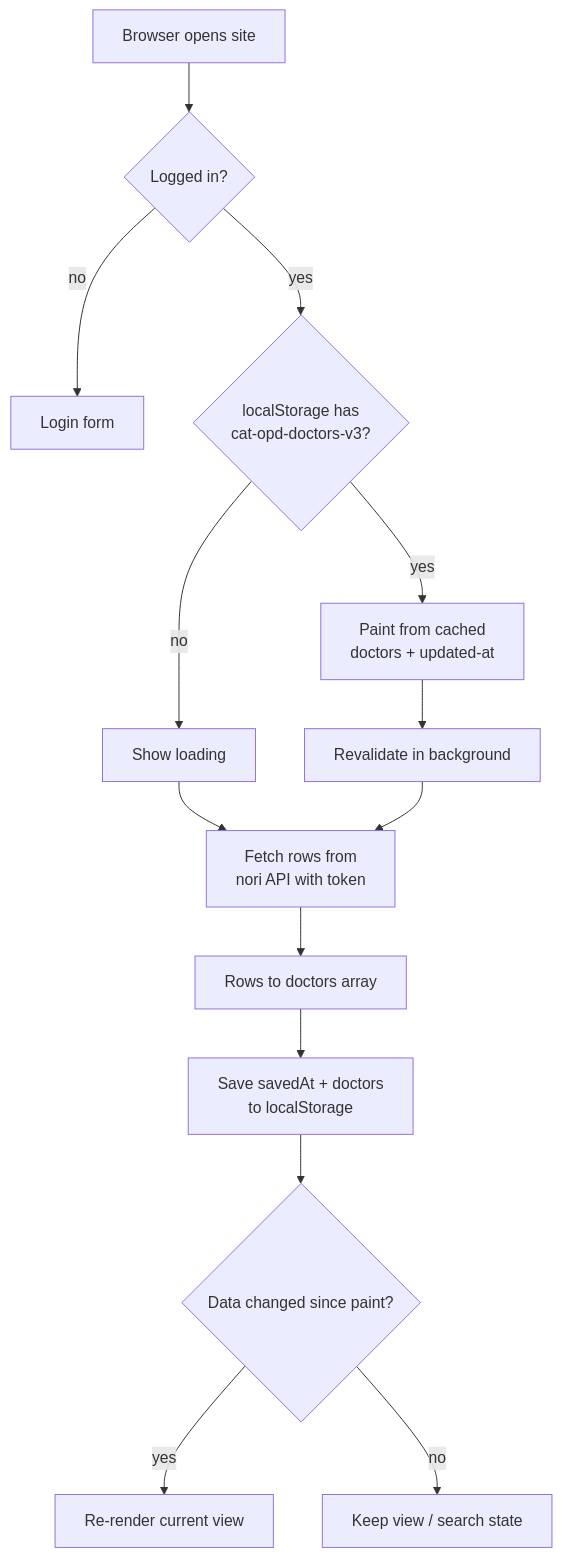
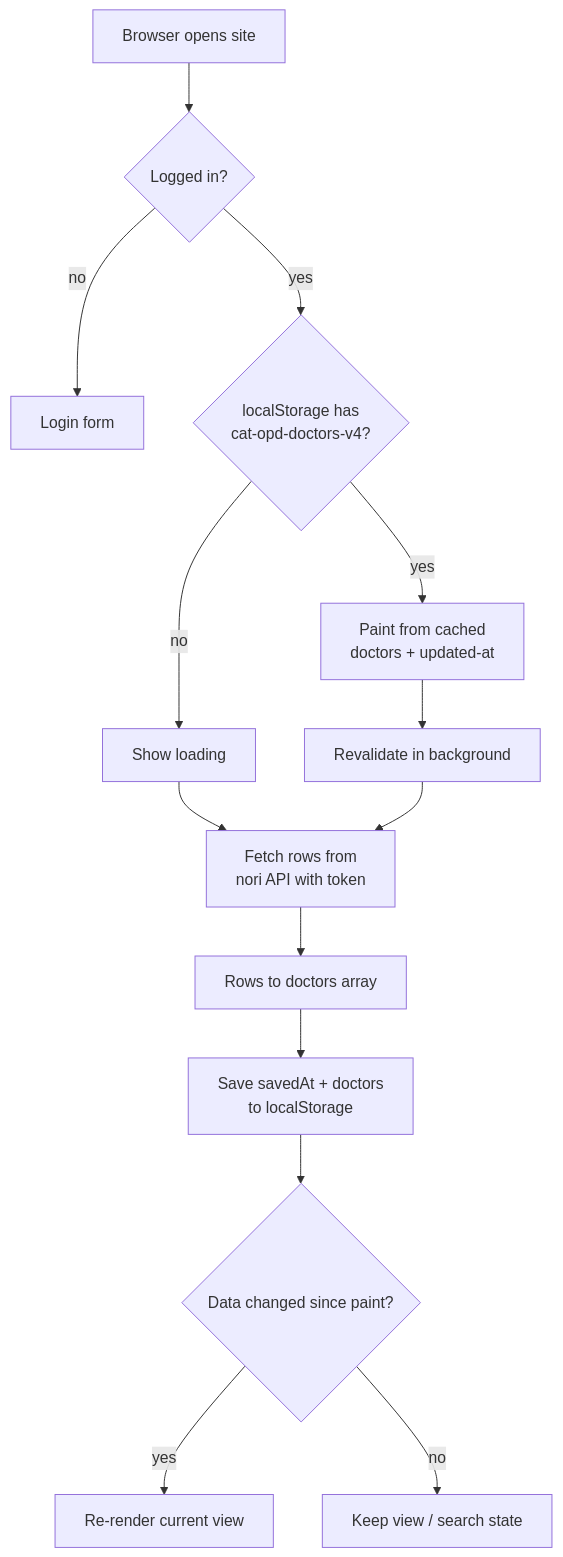
The diagram in README.md (ssupawat/cat-opd-schedule-site), drawn with Mermaid before and after one commit. The commit also changed other lines of this file and 3 other files, not shown here.

````diff
--- a/README.md
+++ b/README.md
@@ -14,16 +15,16 @@
 ```mermaid
 flowchart TD
     A[Browser opens site] --> L{"Logged in?"}
     L -- no --> LG[Login form]
-    L -- yes --> B{"localStorage has<br>cat-opd-doctors-v3?"}
+    L -- yes --> B{"localStorage has<br>cat-opd-doctors-v4?"}
     B -- yes --> C["Paint from cached<br>doctors + updated-at"]
     C --> D[Revalidate in background]
     B -- no --> E[Show loading]
     E --> F["Fetch rows from<br>nori API with token"]
     D --> F
     F --> G[Rows to doctors array]
     G --> H["Save savedAt + doctors<br>to localStorage"]
     H --> I{"Data changed since paint?"}
     I -- yes --> J[Re-render current view]
     I -- no --> K["Keep view / search state"]
 ```
````
